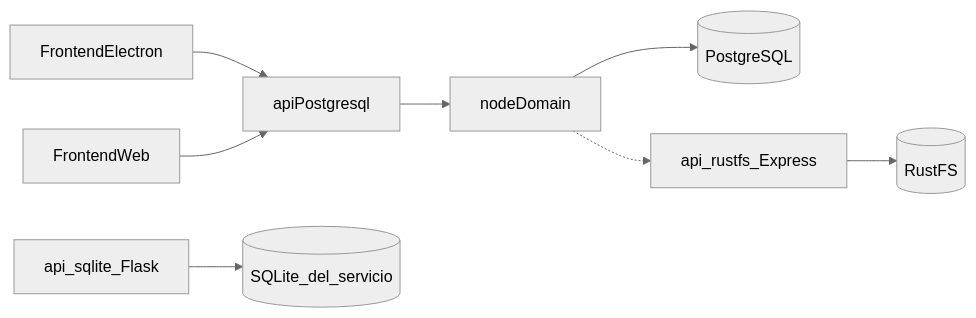
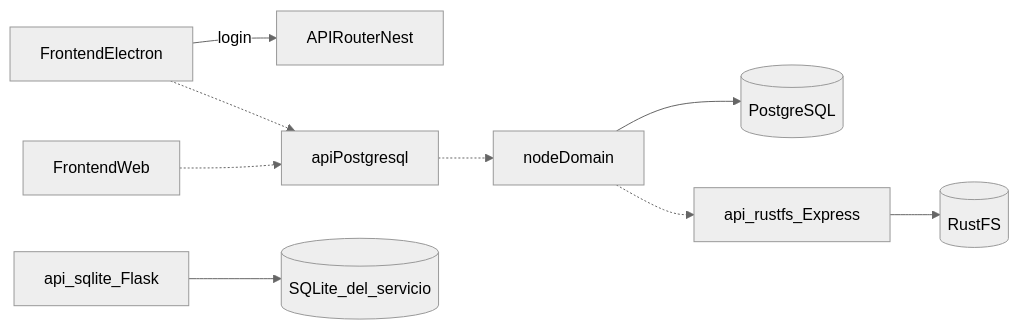
Before and after one commit to venturars/aTempo: the first of 2 diagrams in docs/ARCHITECTURE.md, drawn with Mermaid (neutral theme). The commit also changed other lines of this file and 1 other file, not shown here.

Commit message:
docs: mark the planned api-postgresql flow and restore api-router
CONSTITUTION.md said the desktop does not call api-postgresql while
describing Frontend -> api-postgresql -> domain/node as the product
flow, and dropped pg from the api-postgresql stack although
PostgresService still opens it. The flow is now marked as planned, the
desktop login goes to api-router, and pg is listed again.

The ARCHITECTURE.md diagram draws api-router again with the Electron
login edge, and dashes the planned frontend -> api-postgresql ->
domain/node edges.

Refs #186

````diff
--- a/docs/ARCHITECTURE.md
+++ b/docs/ARCHITECTURE.md
@@ -17,19 +17,21 @@
 ```mermaid
 flowchart LR
   electron[FrontendElectron]
   web[FrontendWeb]
+  router[APIRouterNest]
   apiPg[apiPostgresql]
   nodeDomain[nodeDomain]
   postgres[(PostgreSQL)]
   sqliteApi[api_sqlite_Flask]
   serviceSqlite[(SQLite_del_servicio)]
   objectApi[api_rustfs_Express]
   rustfs[(RustFS)]
-  electron --> apiPg
-  web --> apiPg
-  apiPg --> nodeDomain
+  electron -->|login| router
+  electron -.-> apiPg
+  web -.-> apiPg
+  apiPg -.-> nodeDomain
   nodeDomain --> postgres
   sqliteApi --> serviceSqlite
   nodeDomain -.-> objectApi
   objectApi --> rustfs
 ```
````
